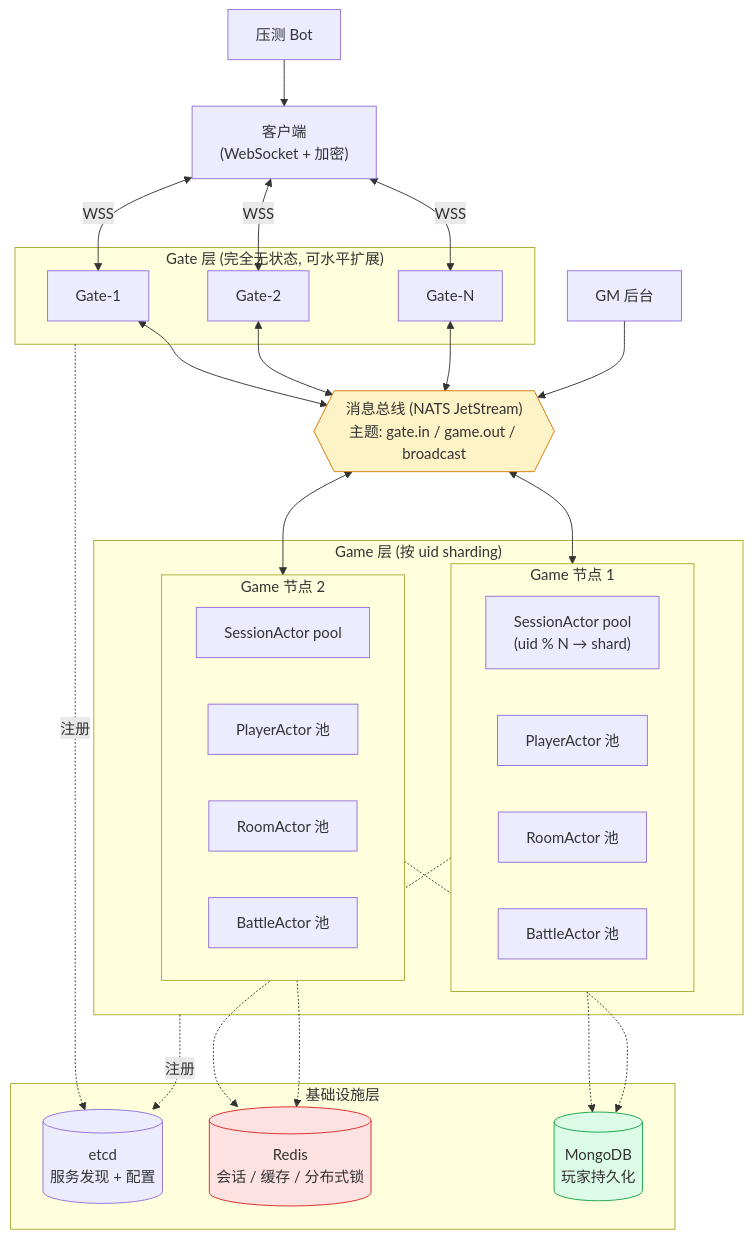
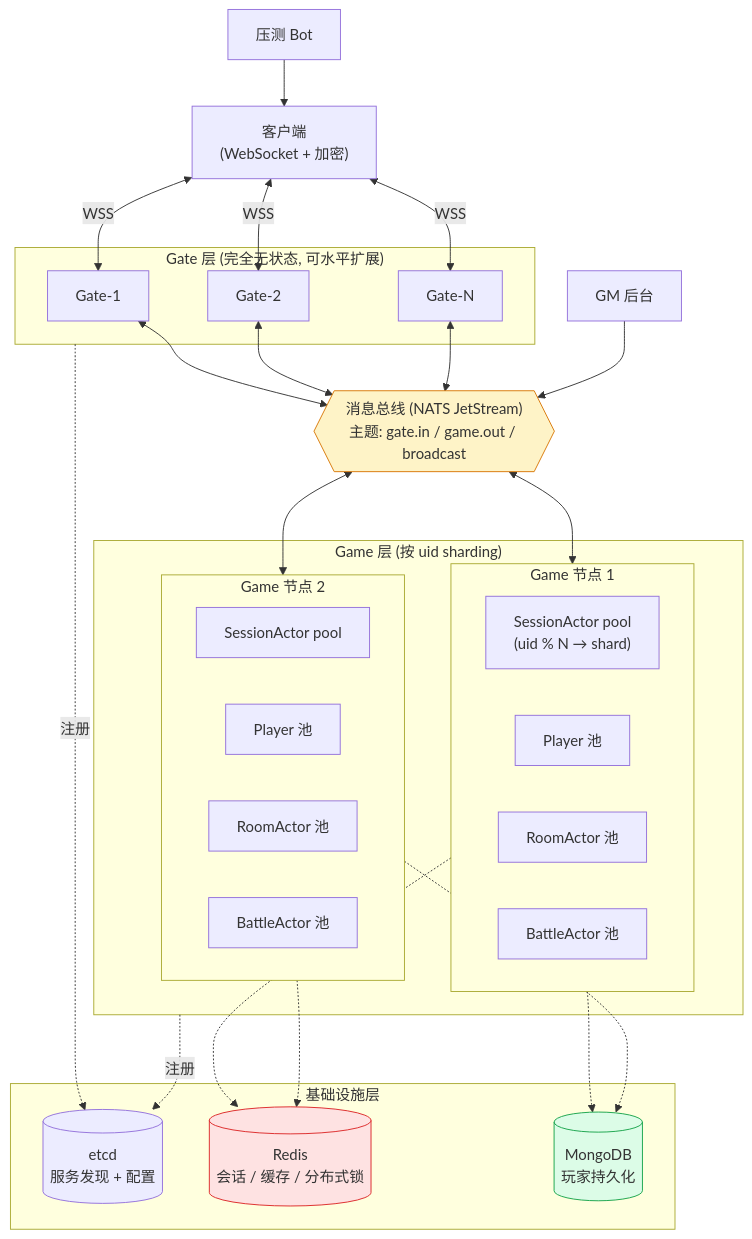
The second of 5 diagrams in docs/ARCHITECTURE_REVIEW.md (gogu-x/gogs), drawn with Mermaid before and after one commit. The commit also changed other lines of this file and 46 other files, not shown here.

````diff
--- a/docs/ARCHITECTURE_REVIEW.md
+++ b/docs/ARCHITECTURE_REVIEW.md
@@ -205,62 +205,62 @@
 ```mermaid
 flowchart TB
     Client["客户端<br/>(WebSocket + 加密)"]
 
     subgraph GateLayer["Gate 层 (完全无状态, 可水平扩展)"]
         G1["Gate-1"]
         G2["Gate-2"]
         G3["Gate-N"]
     end
 
     BUS{{"消息总线 (NATS JetStream)<br/>主题: gate.in / game.out / broadcast"}}
 
     subgraph GameLayer["Game 层 (按 uid sharding)"]
         subgraph G_Node1["Game 节点 1"]
             S1["SessionActor pool<br/>(uid % N → shard)"]
-            P1["PlayerActor 池"]
+            P1["Player 池"]
             R1["RoomActor 池"]
             B1["BattleActor 池"]
         end
         subgraph G_Node2["Game 节点 2"]
             S2["SessionActor pool"]
-            P2["PlayerActor 池"]
+            P2["Player 池"]
             R2["RoomActor 池"]
             B2["BattleActor 池"]
         end
     end
 
     subgraph Infra["基础设施层"]
         ETCD[("etcd<br/>服务发现 + 配置")]
         REDIS[("Redis<br/>会话 / 缓存 / 分布式锁")]
         MONGO[("MongoDB<br/>玩家持久化")]
     end
 
     GM["GM 后台"]
     BOT["压测 Bot"]
 
     Client <-->|WSS| G1
     Client <-->|WSS| G2
     Client <-->|WSS| G3
 
     G1 <--> BUS
     G2 <--> BUS
     G3 <--> BUS
 
     BUS <--> G_Node1
     BUS <--> G_Node2
 
     G_Node1 -.-> REDIS
     G_Node1 -.-> MONGO
     G_Node2 -.-> REDIS
     G_Node2 -.-> MONGO
 
     GateLayer -.注册.-> ETCD
     GameLayer -.注册.-> ETCD
 
     GM --> BUS
     BOT --> Client
 
     style BUS fill:#fef3c7,stroke:#d97706
     style REDIS fill:#fee2e2,stroke:#dc2626
     style MONGO fill:#dcfce7,stroke:#16a34a
 ```
````
